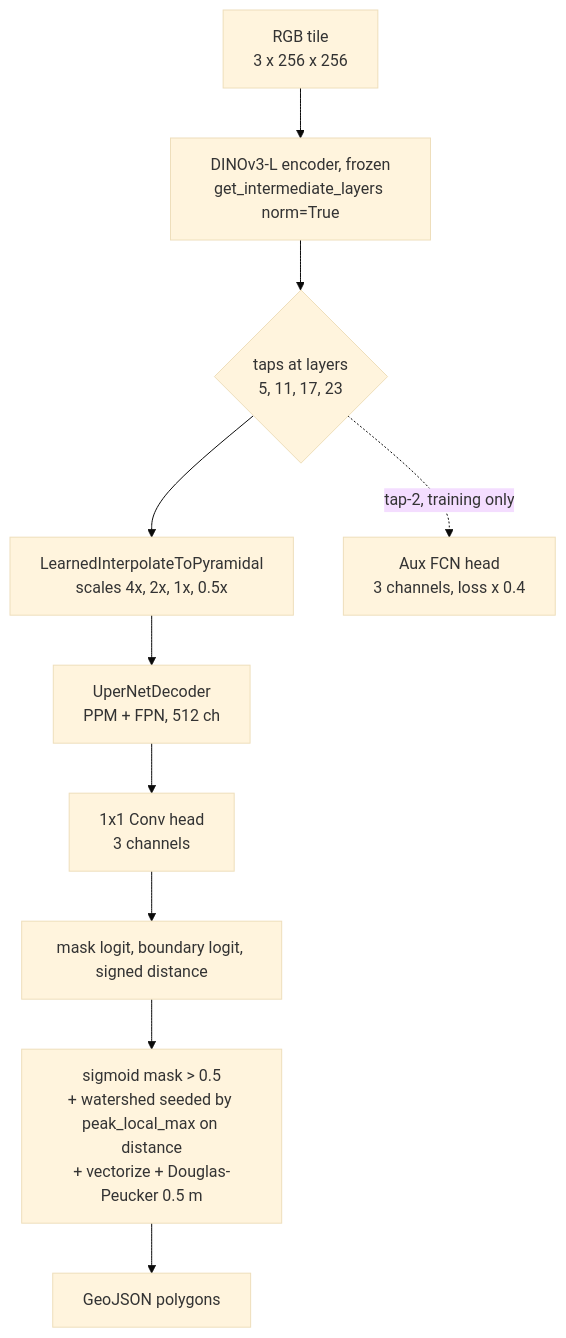
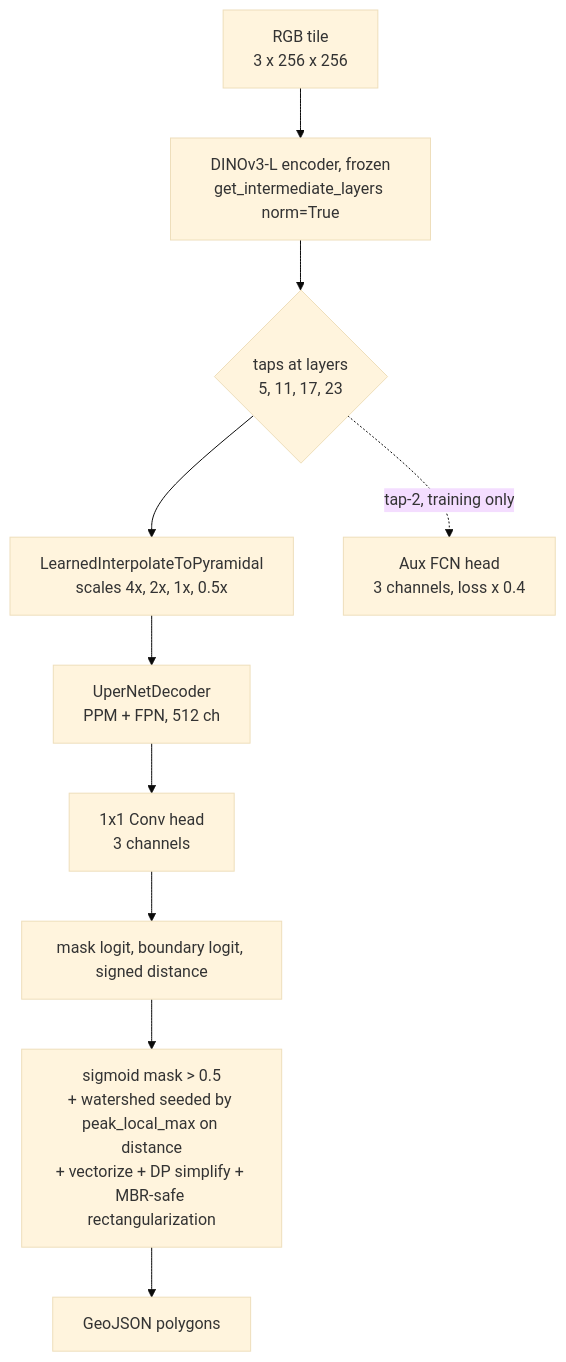
Before and after one commit to kshitijrajsharma/dinov3-hot-ablation: the diagram in README.md, drawn with Mermaid (base theme). The commit also changed other lines of this file and 11 other files, not shown here.

````diff
--- a/README.md
+++ b/README.md
@@ -17,12 +17,12 @@
 ```mermaid
 flowchart TD
     A[RGB tile<br/>3 x 256 x 256] --> B[DINOv3-L encoder, frozen<br/>get_intermediate_layers norm=True]
     B --> C{taps at layers<br/>5, 11, 17, 23}
     C --> D[LearnedInterpolateToPyramidal<br/>scales 4x, 2x, 1x, 0.5x]
     D --> E[UperNetDecoder<br/>PPM + FPN, 512 ch]
     E --> F[1x1 Conv head<br/>3 channels]
     C -. tap-2, training only .-> G[Aux FCN head<br/>3 channels, loss x 0.4]
     F --> H[mask logit, boundary logit, signed distance]
-    H --> I[sigmoid mask > 0.5<br/>+ watershed seeded by peak_local_max on distance<br/>+ vectorize + Douglas-Peucker 0.5 m]
+    H --> I[sigmoid mask > 0.5<br/>+ watershed seeded by peak_local_max on distance<br/>+ vectorize + DP simplify + MBR-safe rectangularization]
     I --> J[GeoJSON polygons]
 ```
````
